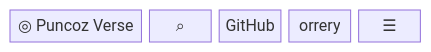
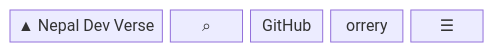
One commit to nepal-dev-com/docs.nepal-dev.com changed the second of 8 diagrams in content/docs/maintain/app-flow/site-pages.mdx. Above: the diagram before and after it, drawn with Mermaid. The commit also changed other lines of this file and 145 other files, not shown here.

Commit message:
nepal dev docs

````diff
--- a/content/docs/maintain/app-flow/site-pages.mdx
+++ b/content/docs/maintain/app-flow/site-pages.mdx
@@ -83,5 +83,5 @@
 ```mermaid
 block-beta
   columns 6
-  mark["◎ Puncoz Verse"]:2 search["⌕"] gh["GitHub"] theme["orrery"] menu["☰"]
+  mark["▲ Nepal Dev Verse"]:2 search["⌕"] gh["GitHub"] theme["orrery"] menu["☰"]
 ```
````
